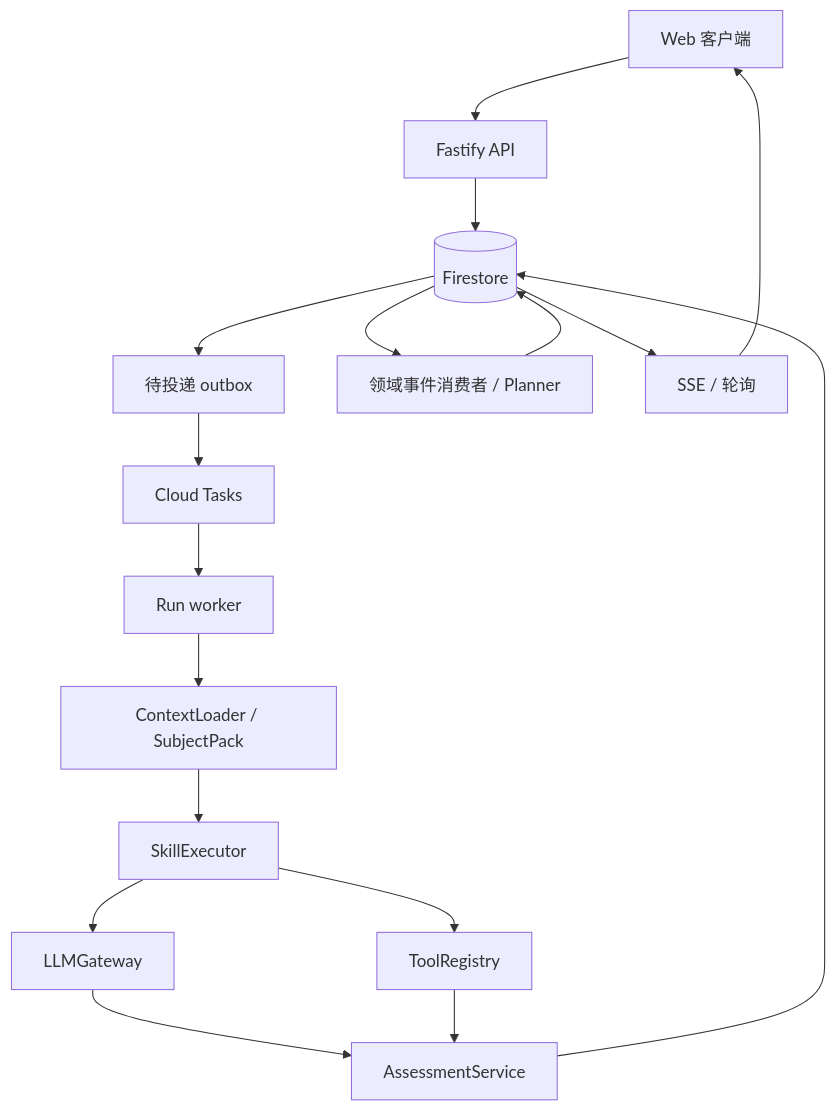
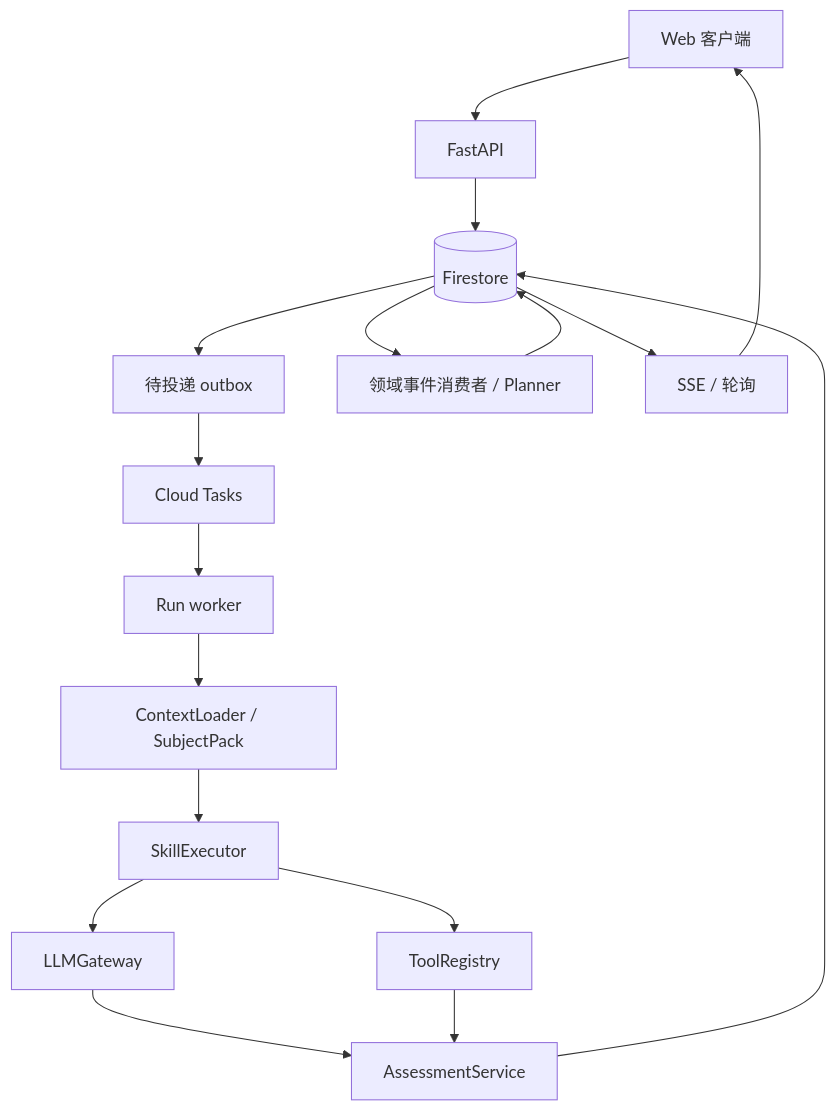
The diagram in doc/BACKEND.md (JeffRen1977/hs-student-os), drawn with Mermaid before and after one commit. The commit also changed other lines of this file and 3 other files, not shown here.

Commit message:
Switch the planned backend to Python and FastAPI, and record course enrollment separately from entitlements.

````diff
--- a/doc/BACKEND.md
+++ b/doc/BACKEND.md
@@ -23,19 +23,19 @@
 ```mermaid
 flowchart TD
-  Client[Web 客户端] --> API[Fastify API]
+  Client[Web 客户端] --> API[FastAPI]
   API --> DB[(Firestore)]
   DB --> Outbox[待投递 outbox]
   Outbox --> Queue[Cloud Tasks]
   Queue --> Worker[Run worker]
   Worker --> Context[ContextLoader / SubjectPack]
   Context --> Skills[SkillExecutor]
   Skills --> Model[LLMGateway]
   Skills --> Tools[ToolRegistry]
   Model --> Assessment[AssessmentService]
   Tools --> Assessment
   Assessment --> DB
   DB --> Consumers[领域事件消费者 / Planner]
   Consumers --> DB
   DB --> Stream[SSE / 轮询]
   Stream --> Client
 ```
````
